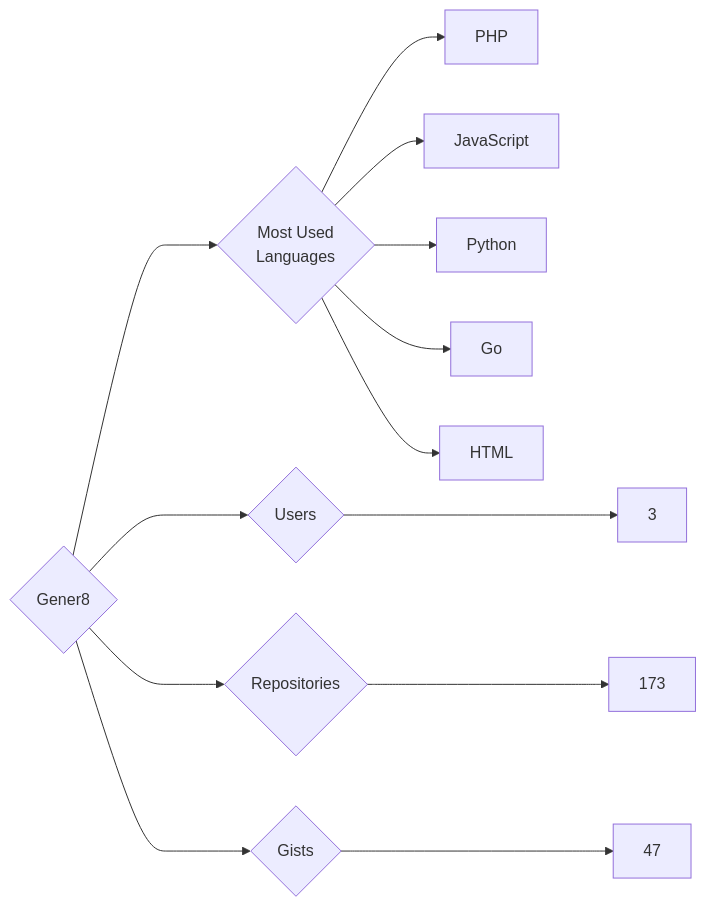
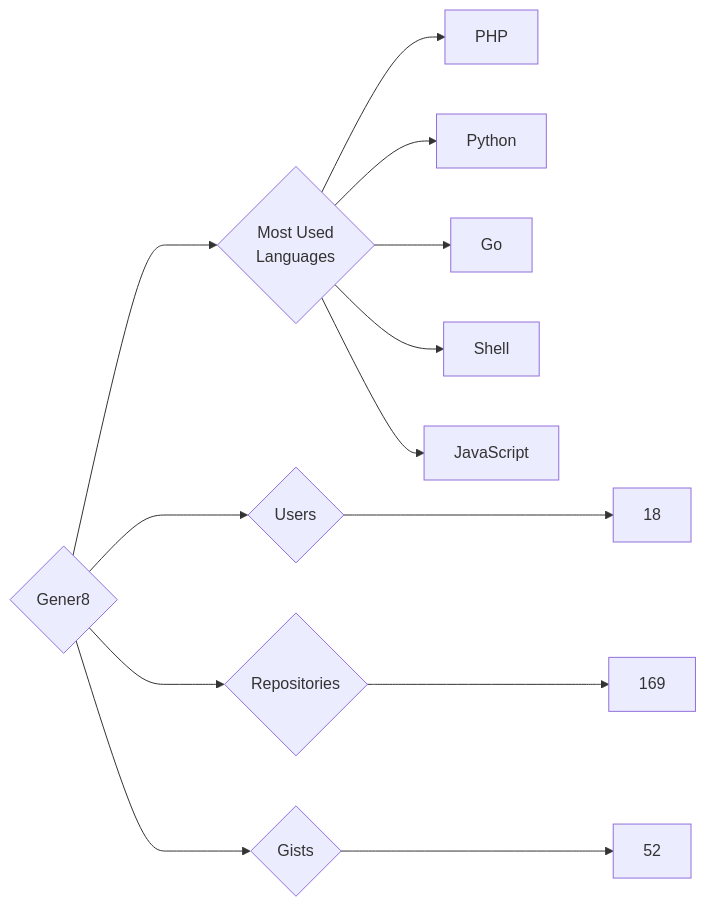
The diagram in targets/Gener8/README.md (trickest/insiders), drawn with Mermaid before and after one commit. The commit also changed 594 other files, not shown here.

````diff
--- a/targets/Gener8/README.md
+++ b/targets/Gener8/README.md
@@ -3,13 +3,13 @@
 ```mermaid
 graph LR
 COMPANY_NAME{Gener8}
-COMPANY_NAME ---> U{Users} ---> UN[3]
-COMPANY_NAME ---> R{Repositories} ---> RN[173]
-COMPANY_NAME ---> G{Gists} ---> GN[47]
+COMPANY_NAME ---> U{Users} ---> UN[18]
+COMPANY_NAME ---> R{Repositories} ---> RN[169]
+COMPANY_NAME ---> G{Gists} ---> GN[52]
 COMPANY_NAME ---> ML{Most Used<br>Languages}
 ML --> PHP[PHP]
-ML --> JavaScript[JavaScript]
 ML --> Python[Python]
 ML --> Go[Go]
-ML --> HTML[HTML]
+ML --> Shell[Shell]
+ML --> JavaScript[JavaScript]
 ```
````
